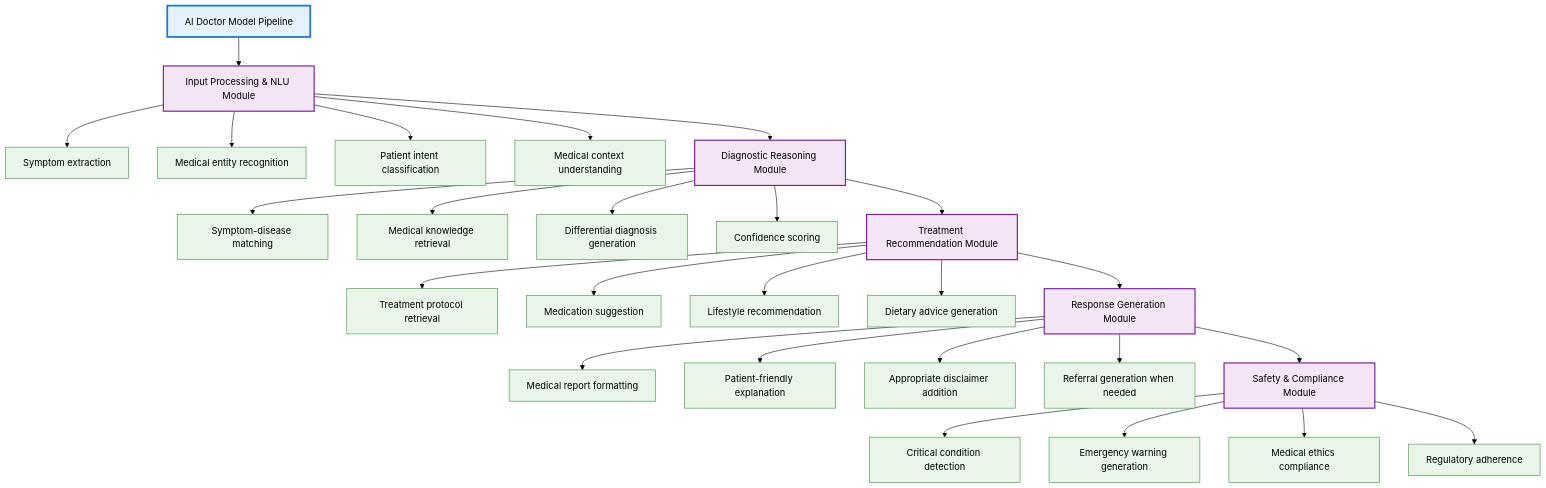
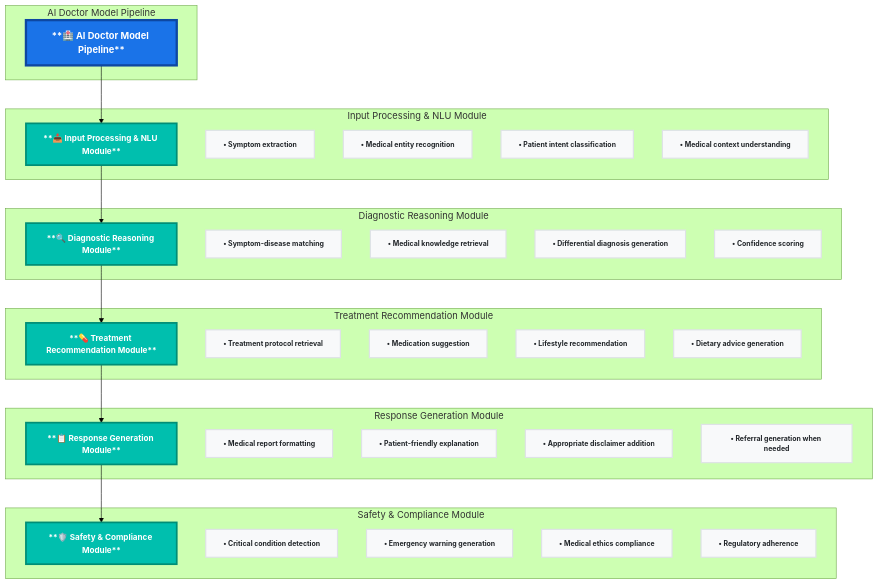
Before and after one commit to Blacksujit/Health-Summerize-AI: the second of 2 diagrams in README.md, drawn with Mermaid (forest theme).

Commit message:
added arcitect.  diagram✅✅

````diff
--- a/README.md
+++ b/README.md
@@ -301,46 +301,61 @@
 ```mermaid
 flowchart TD
-    A[AI Doctor Model Pipeline] --> B[Input Processing & NLU Module]
+    subgraph "AI Doctor Model Pipeline"
+        A["**🏥 AI Doctor Model Pipeline**"]
+    end
     
-    B --> B1[Symptom extraction]
-    B --> B2[Medical entity recognition]
-    B --> B3[Patient intent classification]
-    B --> B4[Medical context understanding]
+    subgraph "Input Processing & NLU Module"
+        B["**📥 Input Processing & NLU Module**"]
+        B1["• Symptom extraction"]
+        B2["• Medical entity recognition"]
+        B3["• Patient intent classification"]
+        B4["• Medical context understanding"]
+    end
     
-    B --> C[Diagnostic Reasoning Module]
+    subgraph "Diagnostic Reasoning Module"
+        C["**🔍 Diagnostic Reasoning Module**"]
+        C1["• Symptom-disease matching"]
+        C2["• Medical knowledge retrieval"]
+        C3["• Differential diagnosis generation"]
+        C4["• Confidence scoring"]
+    end
     
-    C --> C1[Symptom-disease matching]
-    C --> C2[Medical knowledge retrieval]
-    C --> C3[Differential diagnosis generation]
-    C --> C4[Confidence scoring]
+    subgraph "Treatment Recommendation Module"
+        D["**💊 Treatment Recommendation Module**"]
+        D1["• Treatment protocol retrieval"]
+        D2["• Medication suggestion"]
+        D3["• Lifestyle recommendation"]
+        D4["• Dietary advice generation"]
+    end
     
-    C --> D[Treatment Recommendation Module]
+    subgraph "Response Generation Module"
+        E["**📋 Response Generation Module**"]
+        E1["• Medical report formatting"]
+        E2["• Patient-friendly explanation"]
+        E3["• Appropriate disclaimer addition"]
+        E4["• Referral generation when needed"]
+    end
     
-    D --> D1[Treatment protocol retrieval]
-    D --> D2[Medication suggestion]
-    D --> D3[Lifestyle recommendation]
-    D --> D4[Dietary advice generation]
+    subgraph "Safety & Compliance Module"
+        F["**🛡️ Safety & Compliance Module**"]
+        F1["• Critical condition detection"]
+        F2["• Emergency warning generation"]
+        F3["• Medical ethics compliance"]
+        F4["• Regulatory adherence"]
+    end
     
-    D --> E[Response Generation Module]
+    A --> B
+    B --> C
+    C --> D
+    D --> E
+    E --> F
     
-    E --> E1[Medical report formatting]
-    E --> E2[Patient-friendly explanation]
-    E --> E3[Appropriate disclaimer addition]
-    E --> E4[Referral generation when needed]
+    %% Styling with bold fonts and clear visibility
+    classDef mainTitle fill:#1a73e8,stroke:#0d47a1,stroke-width:4px,color:#ffffff,font-weight:bold,font-size:16px
+    classDef moduleTitle fill:#00bfae,stroke:#008e76,stroke-width:3px,color:#ffffff,font-weight:bold,font-size:14px
+    classDef featureItem fill:#f8f9fa,stroke:#dee2e6,stroke-width:2px,color:#212529,font-weight:bold,font-size:12px
     
-    E --> F[Safety & Compliance Module]
-    
-    F --> F1[Critical condition detection]
-    F --> F2[Emergency warning generation]
-    F --> F3[Medical ethics compliance]
-    F --> F4[Regulatory adherence]
-    
-    %% Styling
-    classDef mainModule fill:#e3f2fd,stroke:#1976d2,stroke-width:3px
-    classDef subModule fill:#f3e5f5,stroke:#7b1fa2,stroke-width:2px
-    classDef feature fill:#e8f5e8,stroke:#388e3c,stroke-width:1px
-    
-    class A mainModule
-    class B,C,D,E,F subModule
-    class B1,B2,B3,B4,C1,C2,C3,C4,D1,D2,D3,D4,E1,E2,E3,E4,F1,F2,F3,F4 feature
+    class A mainTitle
+    class B,C,D,E,F moduleTitle
+    class B1,B2,B3,B4,C1,C2,C3,C4,D1,D2,D3,D4,E1,E2,E3,E4,F1,F2,F3,F4 featureItem
 ```
````
